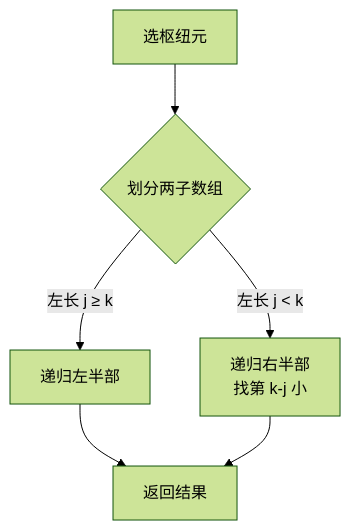
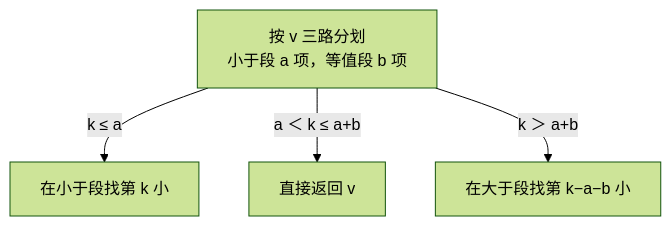
Before and after one commit to hicancan/njupt-knowledge: the first of 2 diagrams in topics/算法分析/线性时间选择.md, drawn with Mermaid (forest theme). The commit also changed other lines of this file and 6 other files, not shown here.

````diff
--- a/topics/算法分析/线性时间选择.md
+++ b/topics/算法分析/线性时间选择.md
@@ -18,8 +18,6 @@
 ```mermaid
 flowchart TD
-    A["选枢纽元"] --> B{"划分两子数组"}
-    B -->|"左长 j ≥ k"| C["递归左半部"]
-    B -->|"左长 j < k"| D["递归右半部\n找第 k-j 小"]
-    C --> E["返回结果"]
-    D --> E
+    A["按 v 三路分划<br/>小于段 a 项，等值段 b 项"] -->|k ≤ a| B["在小于段找第 k 小"]
+    A -->|a ＜ k ≤ a+b| C["直接返回 v"]
+    A -->|k ＞ a+b| D["在大于段找第 k−a−b 小"]
 ```
````
